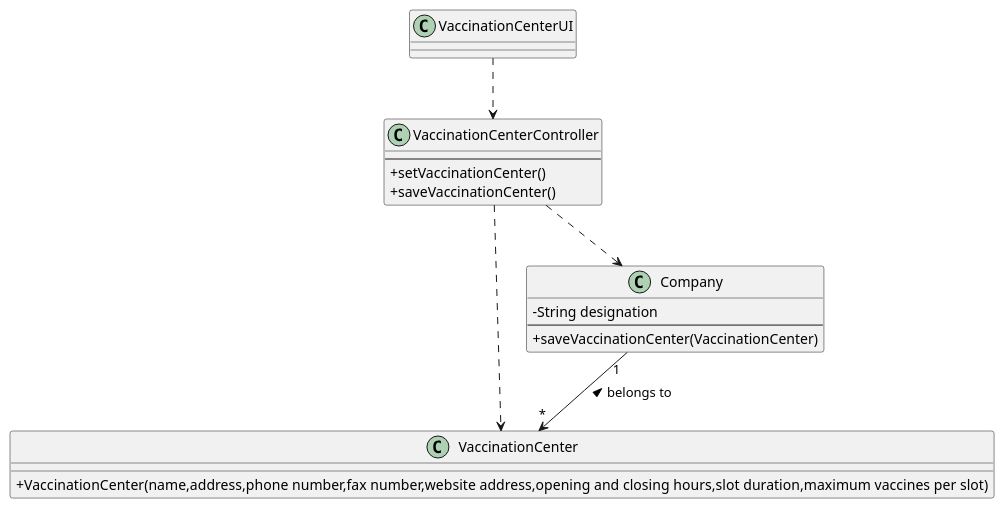
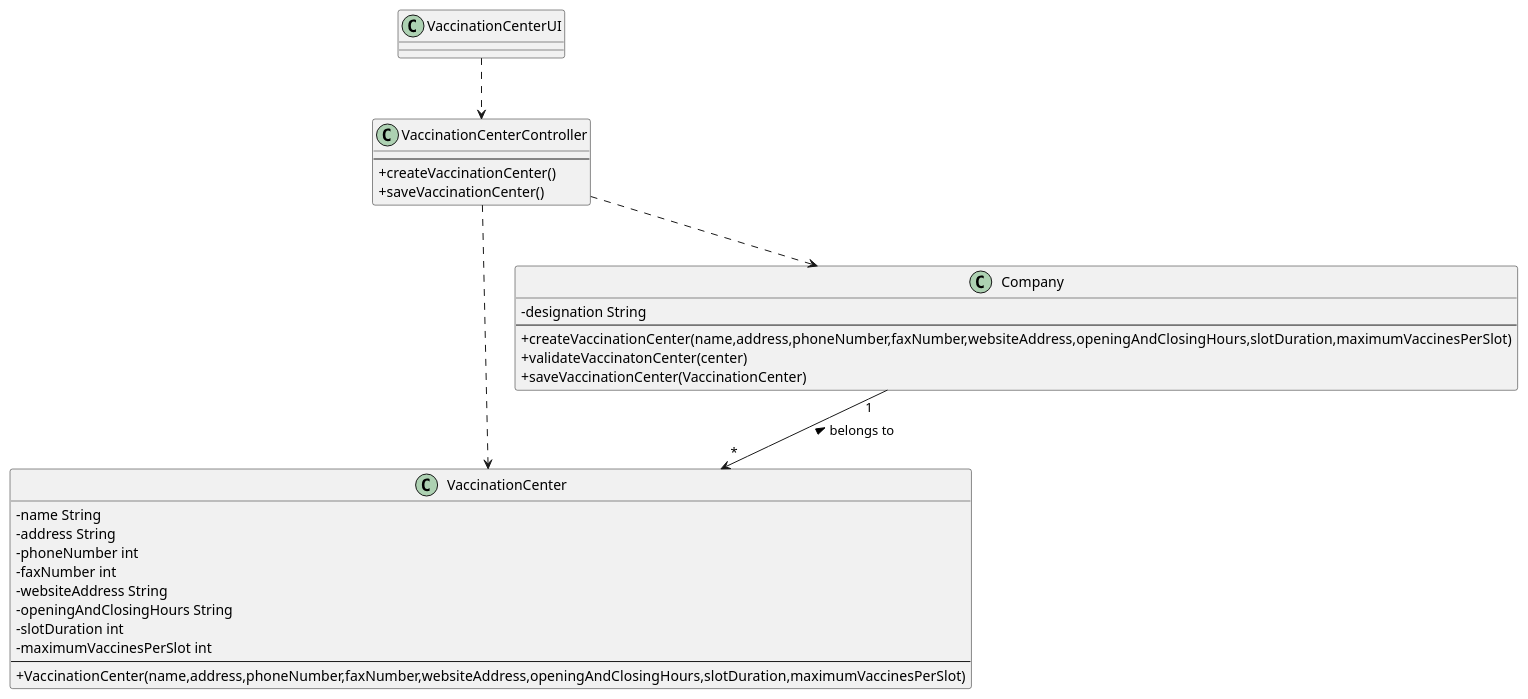
The diagram in docs/SprintB/US09/CD/US09_CD.puml (miseEnPlace-i/lapr2), drawn with PlantUML before and after one commit. The commit also changed 1 other file, not shown here.

```diff
--- a/docs/SprintB/US09/CD/US09_CD.puml
+++ b/docs/SprintB/US09/CD/US09_CD.puml
@@ -1,28 +1,39 @@
 @startuml US09_CD
 skinparam classAttributeIconSize 0
 
 class VaccinationCenter {
- +VaccinationCenter(name,address,phone number,fax number,website address,opening and closing hours,slot duration,maximum vaccines per slot)
+  - name String
+  - address String
+  - phoneNumber int
+  - faxNumber int
+  - websiteAddress String
+  - openingAndClosingHours String
+  - slotDuration int
+  - maximumVaccinesPerSlot int
+  ---
+ +VaccinationCenter(name,address,phoneNumber,faxNumber,websiteAddress,openingAndClosingHours,slotDuration,maximumVaccinesPerSlot)
 }
 
 
 class Company {
-  -String designation
+  -designation String
   ---
+  +createVaccinationCenter(name,address,phoneNumber,faxNumber,websiteAddress,openingAndClosingHours,slotDuration,maximumVaccinesPerSlot)
+  +validateVaccinatonCenter(center)
   +saveVaccinationCenter(VaccinationCenter)
 }
 
 class VaccinationCenterController {
   ---
-  +setVaccinationCenter()
+  +createVaccinationCenter()
   +saveVaccinationCenter()
 }
 
 class VaccinationCenterUI {}
 
 VaccinationCenterUI ..> VaccinationCenterController
 VaccinationCenterController ..> Company
 Company "1" --> "*" VaccinationCenter : belongs to <
 VaccinationCenterController ..> VaccinationCenter
 
 @enduml
```
